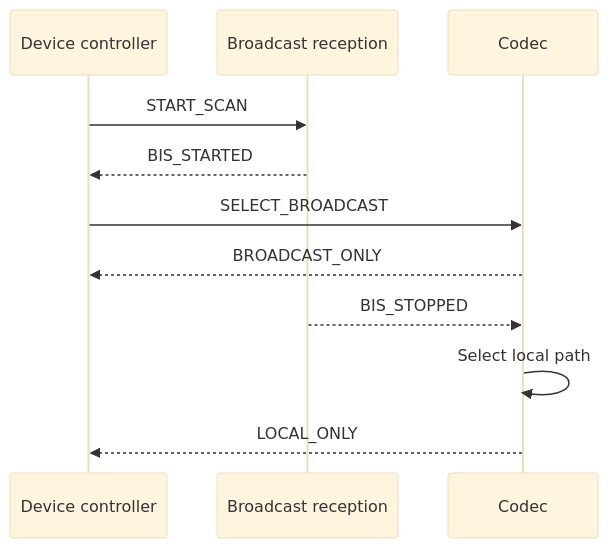
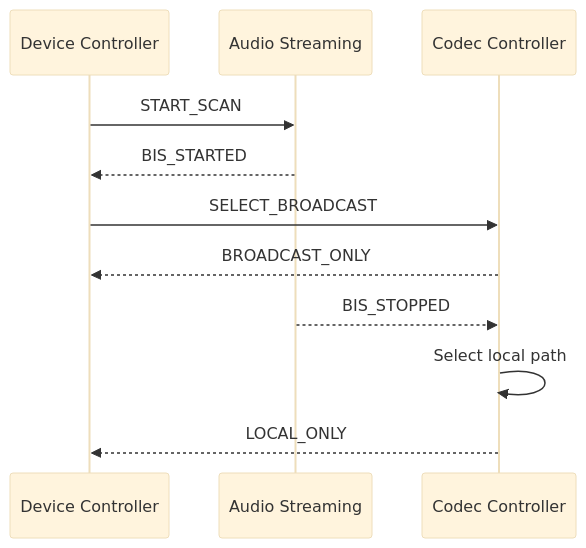
The sixth of 6 diagrams in docs/architecture/control-plane.md (Matheus-Cavalcanti/tiresias-soak-test), drawn with Mermaid (base theme) before and after one commit. The commit also changed other lines of this file and 5 other files, not shown here.

Commit message:
refines documentation for control plane and subsystem architecture; updates naming conventions and clarifies subsystem responsibilities

````diff
--- a/docs/architecture/control-plane.md
+++ b/docs/architecture/control-plane.md
@@ -276,15 +316,15 @@
 ```mermaid
 sequenceDiagram
-    participant CTRL as Device controller
-    participant BRX as Broadcast reception
-    participant CODEC as Codec
+    participant CTRL as Device Controller
+    participant BRX as Audio Streaming
+    participant CODEC as Codec Controller
 
     CTRL->>BRX: START_SCAN
     BRX-->>CTRL: BIS_STARTED
     CTRL->>CODEC: SELECT_BROADCAST
     CODEC-->>CTRL: BROADCAST_ONLY
 
     BRX-->>CODEC: BIS_STOPPED
     CODEC->>CODEC: Select local path
     CODEC-->>CTRL: LOCAL_ONLY
 ```
````
